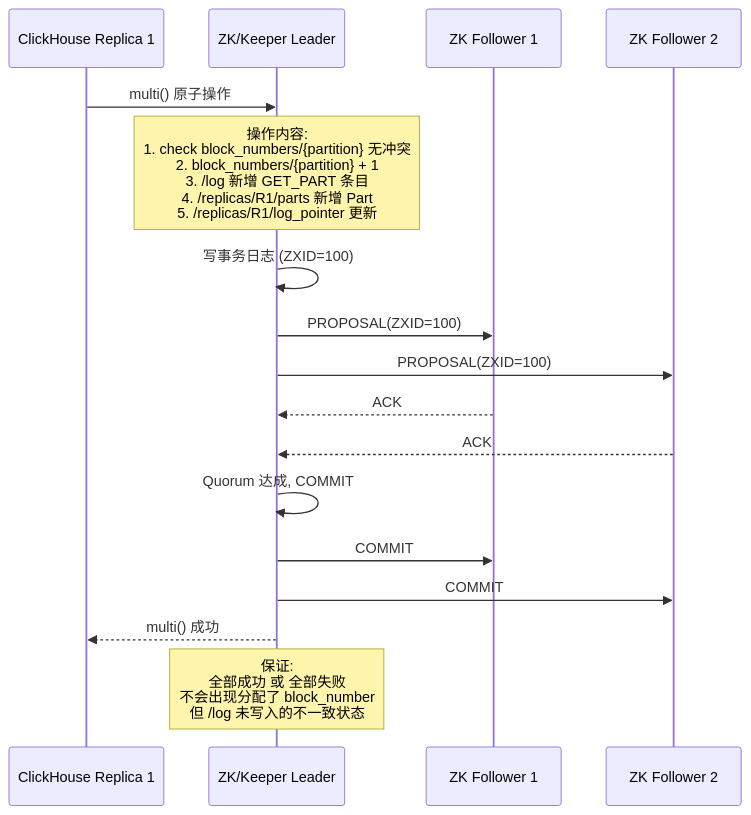
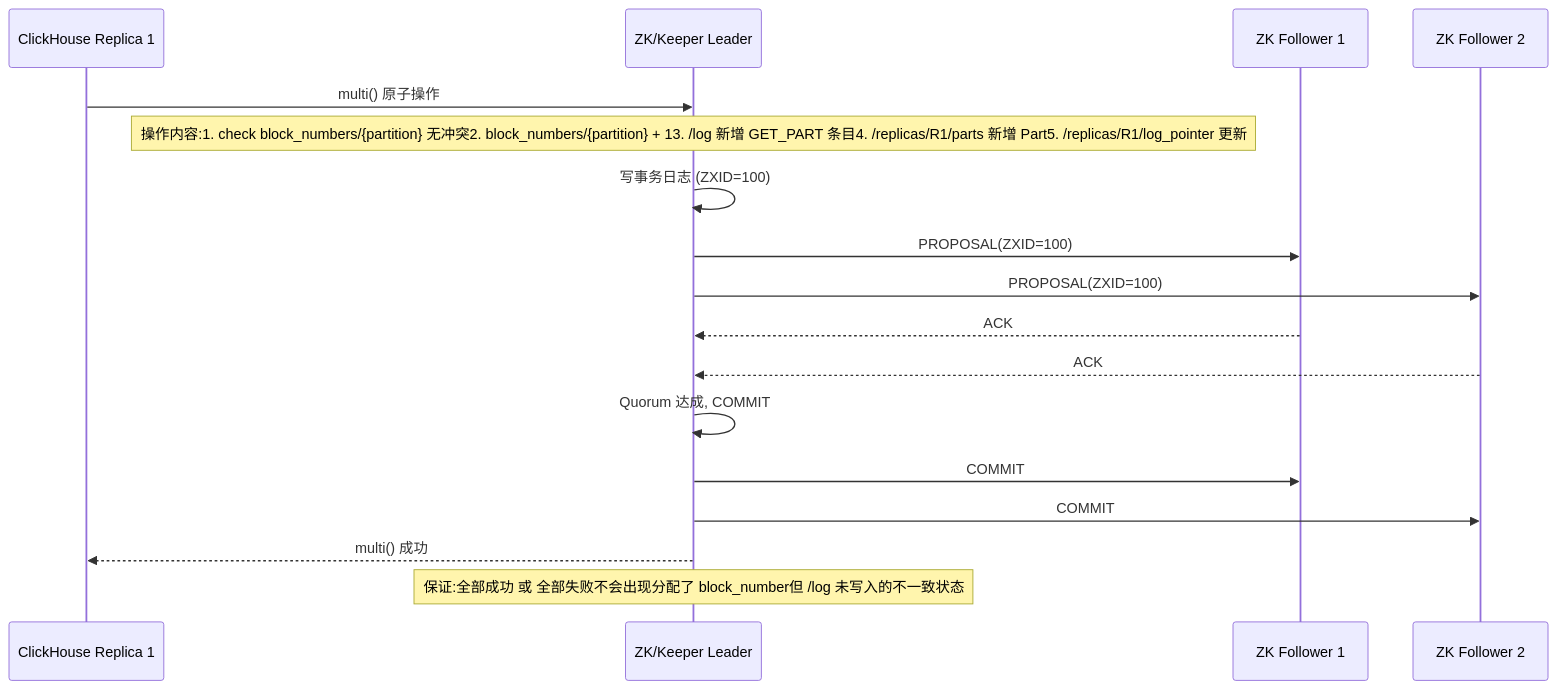
One commit to carlvinhust2012/MyStudy changed the ninth of 11 diagrams in Database/ClickHouse/clickhouse的分布式部署分析.md. Above: the diagram before and after it, drawn with Mermaid. The commit also changed other lines of this file, not shown here.

````diff
--- a/Database/ClickHouse/clickhouse的分布式部署分析.md
+++ b/Database/ClickHouse/clickhouse的分布式部署分析.md
@@ -427,24 +427,24 @@
 ```mermaid
 sequenceDiagram
     participant CH1 as ClickHouse Replica 1
     participant Leader as ZK/Keeper Leader
     participant F1 as ZK Follower 1
     participant F2 as ZK Follower 2
 
     CH1->>Leader: multi() 原子操作
-    Note over Leader: 操作内容:<br/>1. check block_numbers/{partition} 无冲突<br/>2. block_numbers/{partition} + 1<br/>3. /log 新增 GET_PART 条目<br/>4. /replicas/R1/parts 新增 Part<br/>5. /replicas/R1/log_pointer 更新
+    Note over Leader: 操作内容:1. check block_numbers/{partition} 无冲突2. block_numbers/{partition} + 13. /log 新增 GET_PART 条目4. /replicas/R1/parts 新增 Part5. /replicas/R1/log_pointer 更新
 
     Leader->>Leader: 写事务日志 (ZXID=100)
     Leader->>F1: PROPOSAL(ZXID=100)
     Leader->>F2: PROPOSAL(ZXID=100)
     F1-->>Leader: ACK
     F2-->>Leader: ACK
 
     Leader->>Leader: Quorum 达成, COMMIT
     Leader->>F1: COMMIT
     Leader->>F2: COMMIT
 
     Leader-->>CH1: multi() 成功
 
-    Note over Leader: 保证:<br/>全部成功 或 全部失败<br/>不会出现分配了 block_number<br/>但 /log 未写入的不一致状态
+    Note over Leader: 保证:全部成功 或 全部失败不会出现分配了 block_number但 /log 未写入的不一致状态
 ```
````
